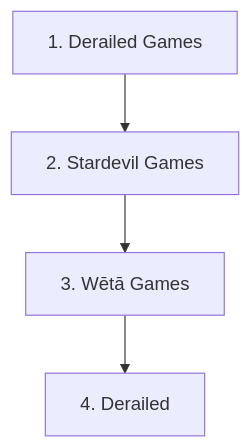
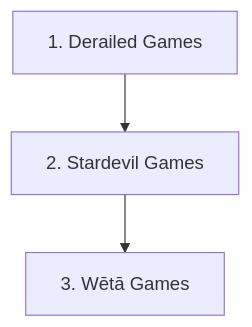
The diagram in games/README.md (H4ckerxx44/vincent-everything-org-name-history), drawn with Mermaid before and after one commit. The commit also changed other lines of this file and 2 other files, not shown here.

````diff
--- a/games/README.md
+++ b/games/README.md
@@ -12,11 +11,10 @@
 ```mermaid
 ---
 title Names of Vincent's Gaming stuff
 ---
 flowchart TD
 
 Derailedgames[1. Derailed Games] --> Stardevilgames[2. Stardevil Games]
 Stardevilgames[2. Stardevil Games] --> Wētāgames[3. Wētā Games]
-Wētāgames --> Derailed[4. Derailed]
 
 ```
````
